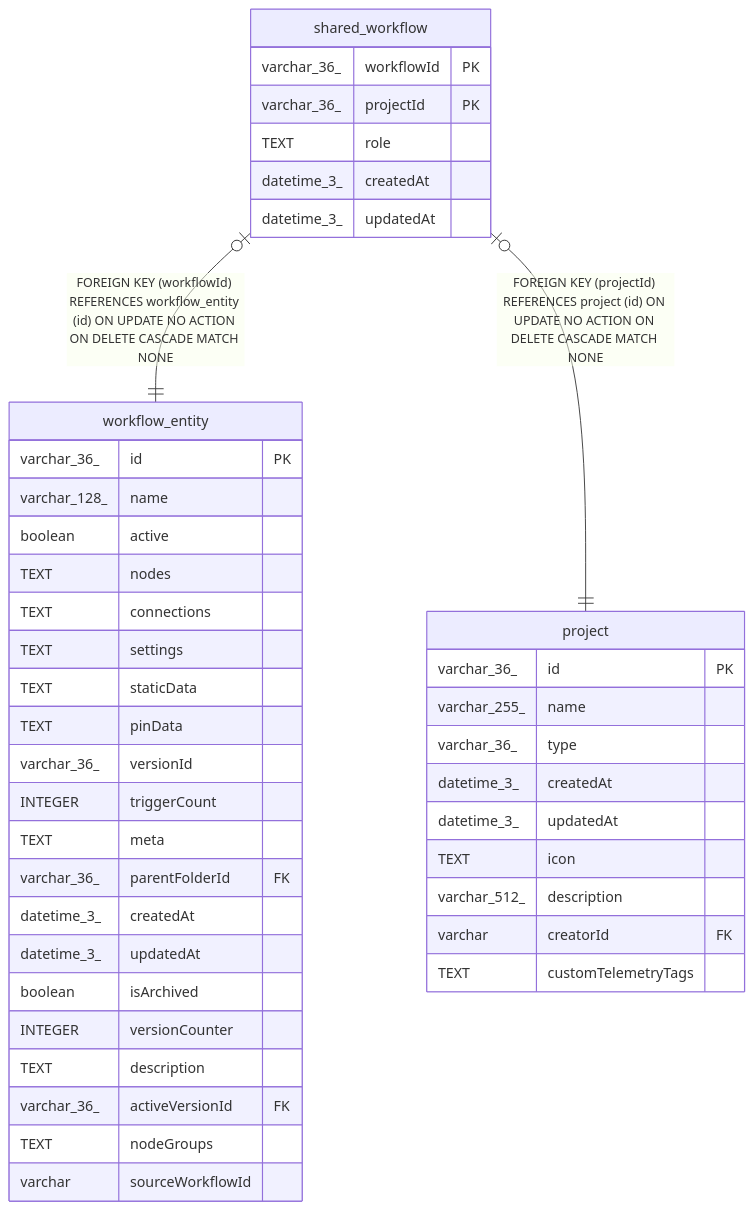
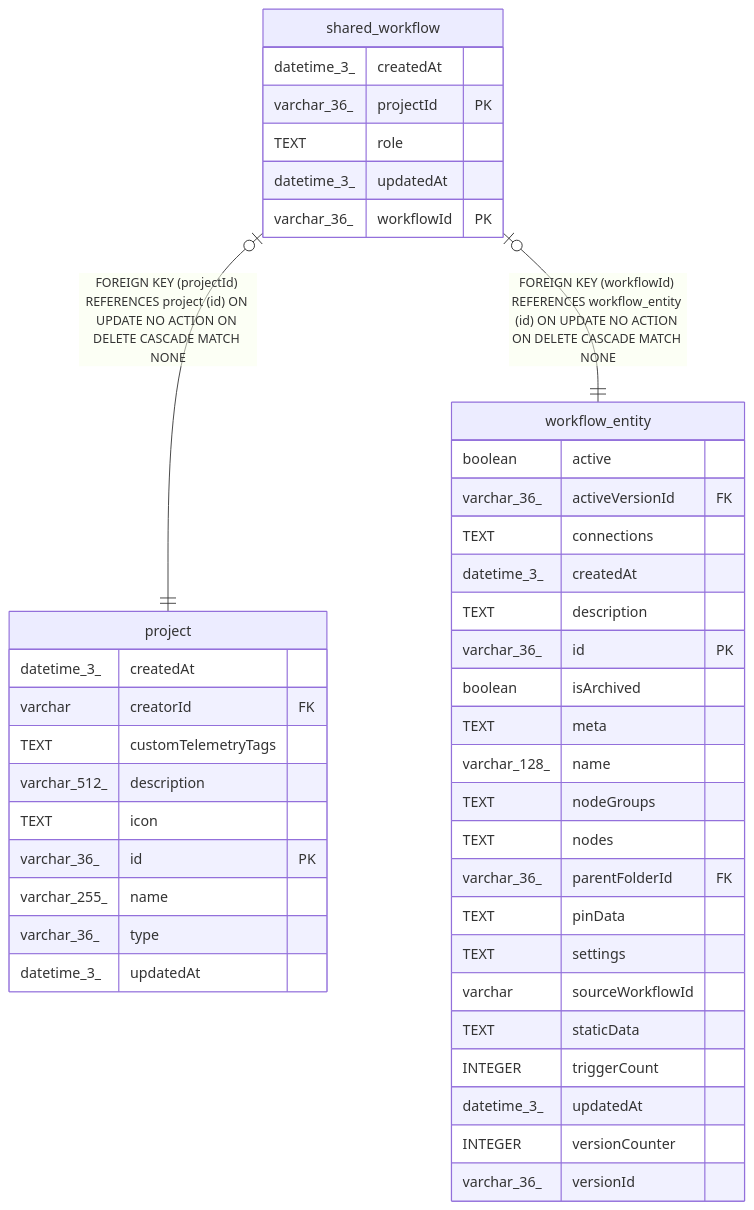
One commit to mayankjain1815-commits/n8n changed the diagram in docs/generated/sqlite-schema/shared_workflow.md. Above: the diagram before and after it, drawn with Mermaid. The commit also changed other lines of this file and 221 other files, not shown here.

Commit message:
chore(core): Make DB schema docs generation deterministic (#32373)

````diff
--- a/docs/generated/sqlite-schema/shared_workflow.md
+++ b/docs/generated/sqlite-schema/shared_workflow.md
@@ -43,47 +43,47 @@
 ```mermaid
 erDiagram
 
+"shared_workflow" |o--|| "project" : "FOREIGN KEY (projectId) REFERENCES project (id) ON UPDATE NO ACTION ON DELETE CASCADE MATCH NONE"
 "shared_workflow" |o--|| "workflow_entity" : "FOREIGN KEY (workflowId) REFERENCES workflow_entity (id) ON UPDATE NO ACTION ON DELETE CASCADE MATCH NONE"
-"shared_workflow" |o--|| "project" : "FOREIGN KEY (projectId) REFERENCES project (id) ON UPDATE NO ACTION ON DELETE CASCADE MATCH NONE"
 
 "shared_workflow" {
-  varchar_36_ workflowId PK
+  datetime_3_ createdAt
   varchar_36_ projectId PK
   TEXT role
+  datetime_3_ updatedAt
+  varchar_36_ workflowId PK
+}
+"project" {
   datetime_3_ createdAt
+  varchar creatorId FK
+  TEXT customTelemetryTags
+  varchar_512_ description
+  TEXT icon
+  varchar_36_ id PK
+  varchar_255_ name
+  varchar_36_ type
   datetime_3_ updatedAt
 }
 "workflow_entity" {
+  boolean active
+  varchar_36_ activeVersionId FK
+  TEXT connections
+  datetime_3_ createdAt
+  TEXT description
   varchar_36_ id PK
+  boolean isArchived
+  TEXT meta
   varchar_128_ name
-  boolean active
+  TEXT nodeGroups
   TEXT nodes
-  TEXT connections
+  varchar_36_ parentFolderId FK
+  TEXT pinData
   TEXT settings
+  varchar sourceWorkflowId
   TEXT staticData
-  TEXT pinData
+  INTEGER triggerCount
+  datetime_3_ updatedAt
+  INTEGER versionCounter
   varchar_36_ versionId
-  INTEGER triggerCount
-  TEXT meta
-  varchar_36_ parentFolderId FK
-  datetime_3_ createdAt
-  datetime_3_ updatedAt
-  boolean isArchived
-  INTEGER versionCounter
-  TEXT description
-  varchar_36_ activeVersionId FK
-  TEXT nodeGroups
-  varchar sourceWorkflowId
-}
-"project" {
-  varchar_36_ id PK
-  varchar_255_ name
-  varchar_36_ type
-  datetime_3_ createdAt
-  datetime_3_ updatedAt
-  TEXT icon
-  varchar_512_ description
-  varchar creatorId FK
-  TEXT customTelemetryTags
 }
 ```
````
